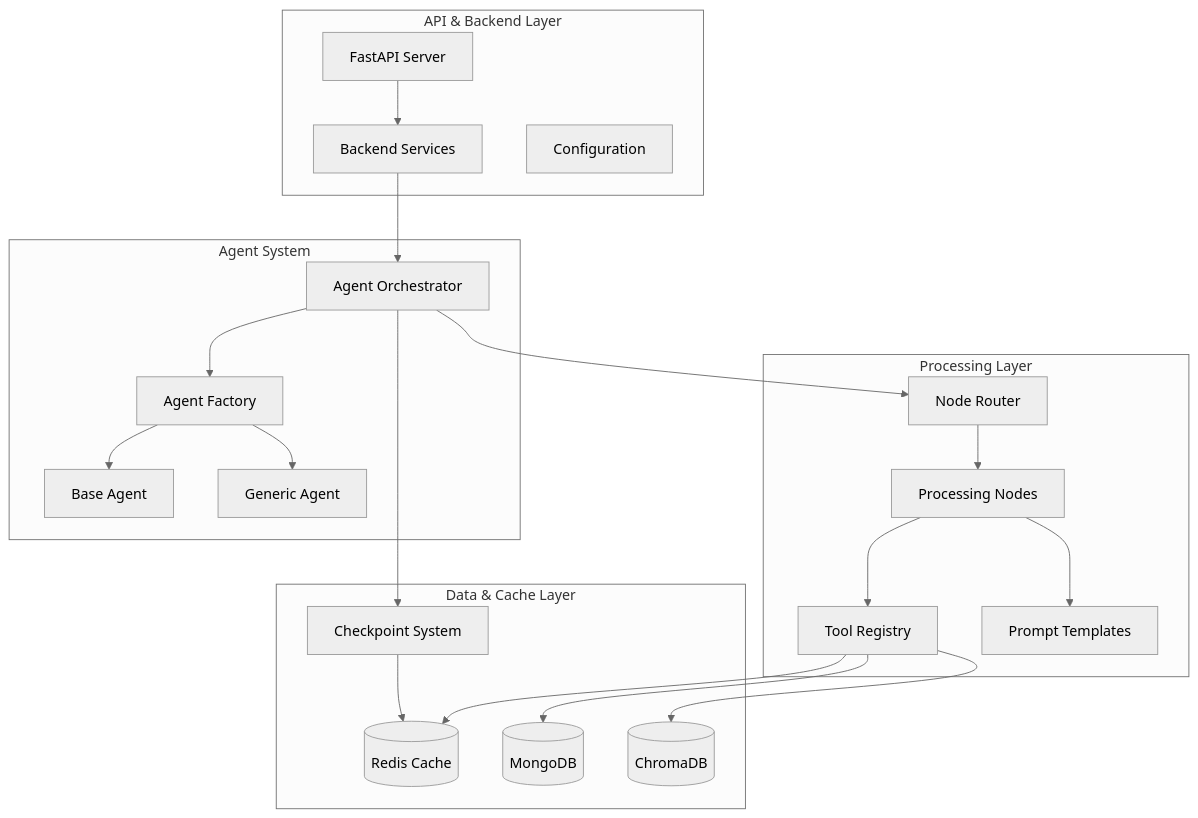
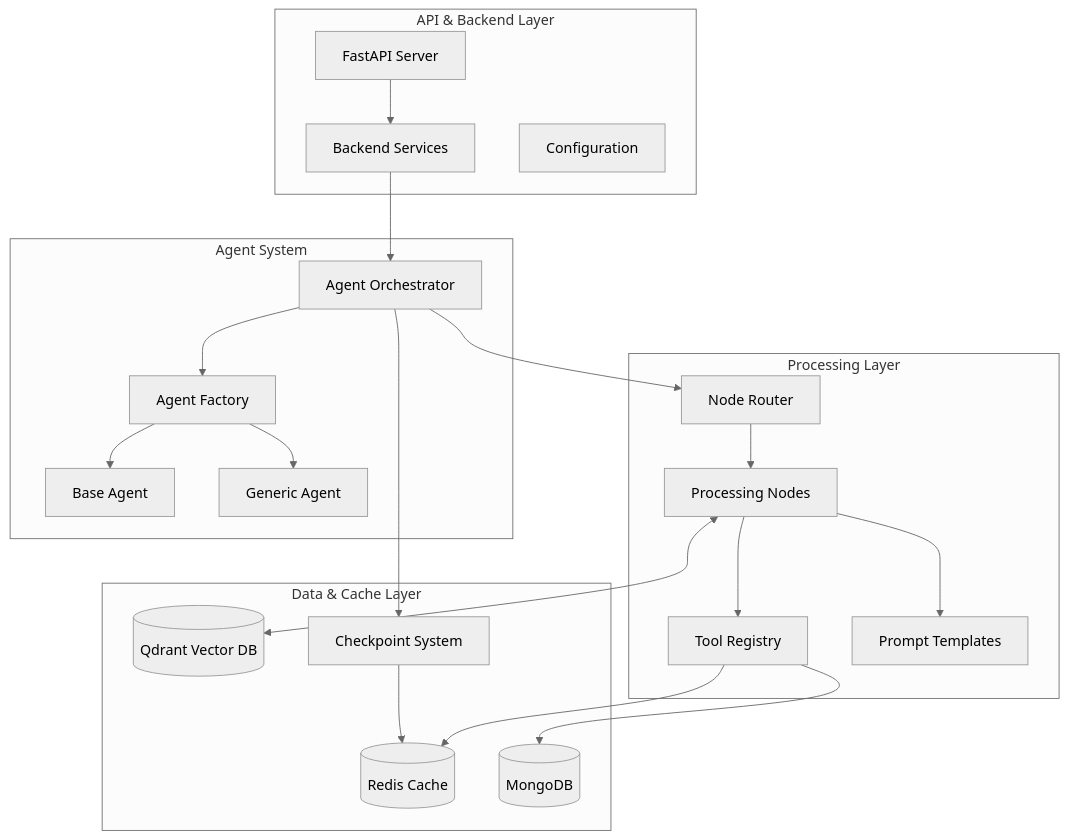
One commit to impressox/impressox-agent changed the diagram in docs/app/README.md. Above: the diagram before and after it, drawn with Mermaid (neutral theme). The commit also changed other lines of this file and 2 other files, not shown here.

````diff
--- a/docs/app/README.md
+++ b/docs/app/README.md
@@ -7,46 +7,46 @@
 ```mermaid
 graph TD
     subgraph "API & Backend Layer"
         API[FastAPI Server]
         Backend[Backend Services]
         Config[Configuration]
     end
 
     subgraph "Agent System"
         Orchestrator[Agent Orchestrator]
         Factory[Agent Factory]
         BaseAgent[Base Agent]
         GenericAgent[Generic Agent]
     end
 
     subgraph "Processing Layer"
         Router[Node Router]
         Nodes[Processing Nodes]
         Tools[Tool Registry]
         Prompts[Prompt Templates]
     end
 
     subgraph "Data & Cache Layer"
         Redis[(Redis Cache)]
         MongoDB[(MongoDB)]
-        ChromaDB[(ChromaDB)]
+        Qdrant[(Qdrant Vector DB)]
         Checkpoints[Checkpoint System]
     end
 
     API --> Backend
     Backend --> Orchestrator
     Orchestrator --> Factory
     Factory --> BaseAgent
     Factory --> GenericAgent
     
     Orchestrator --> Router
     Router --> Nodes
     Nodes --> Tools
     Nodes --> Prompts
     
     Tools --> Redis
     Tools --> MongoDB
-    Tools --> ChromaDB
+    Nodes <--> Qdrant
     Orchestrator --> Checkpoints
     Checkpoints --> Redis
 ```
````
